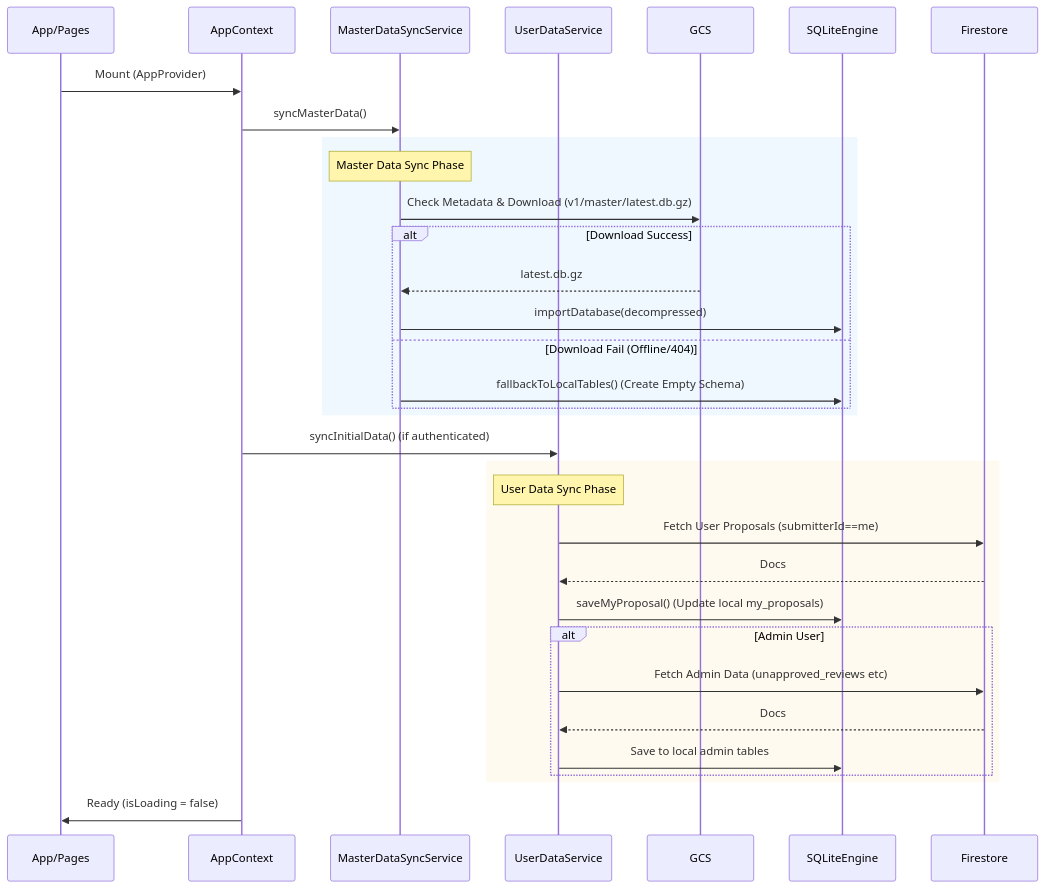
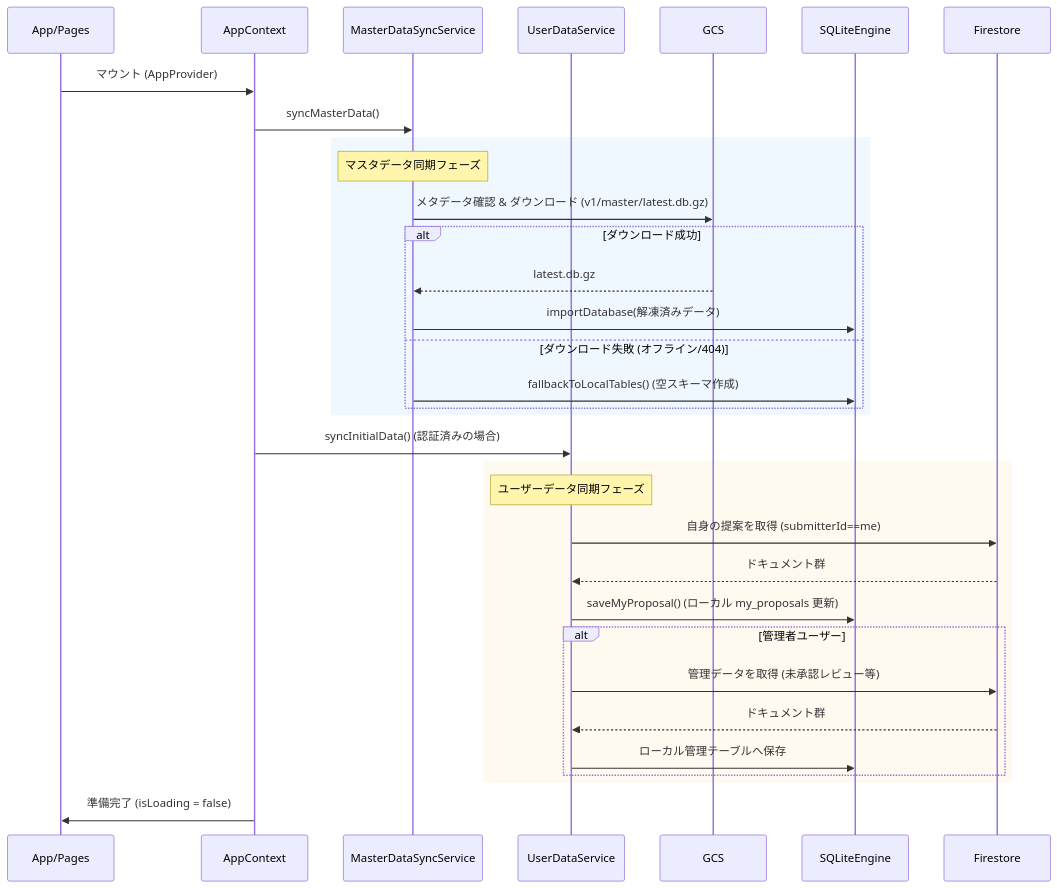
Before and after one commit to cloud-solutions-ttakeuchi/wedive: the third of 8 diagrams in DATABASE_DESIGN.md, drawn with Mermaid. The commit also changed other lines of this file, not shown here.

````diff
--- a/DATABASE_DESIGN.md
+++ b/DATABASE_DESIGN.md
@@ -186,41 +186,41 @@
 ```mermaid
 sequenceDiagram
     participant UI as App/Pages
     participant CTX as AppContext
     participant MDSync as MasterDataSyncService
     participant UDS as UserDataService
     participant GCS
     participant SQLite as SQLiteEngine
     participant FS as Firestore
 
-    UI->>CTX: Mount (AppProvider)
+    UI->>CTX: マウント (AppProvider)
     CTX->>MDSync: syncMasterData()
     
     rect rgb(240, 248, 255)
-    note over MDSync: Master Data Sync Phase
-    MDSync->>GCS: Check Metadata & Download (v1/master/latest.db.gz)
-    alt Download Success
+    note over MDSync: マスタデータ同期フェーズ
+    MDSync->>GCS: メタデータ確認 & ダウンロード (v1/master/latest.db.gz)
+    alt ダウンロード成功
         GCS-->>MDSync: latest.db.gz
-        MDSync->>SQLite: importDatabase(decompressed)
-    else Download Fail (Offline/404)
-        MDSync->>SQLite: fallbackToLocalTables() (Create Empty Schema)
+        MDSync->>SQLite: importDatabase(解凍済みデータ)
+    else ダウンロード失敗 (オフライン/404)
+        MDSync->>SQLite: fallbackToLocalTables() (空スキーマ作成)
     end
     end
 
-    CTX->>UDS: syncInitialData() (if authenticated)
+    CTX->>UDS: syncInitialData() (認証済みの場合)
     
     rect rgb(255, 250, 240)
-    note over UDS: User Data Sync Phase
-    UDS->>FS: Fetch User Proposals (submitterId==me)
-    FS-->>UDS: Docs
-    UDS->>SQLite: saveMyProposal() (Update local my_proposals)
+    note over UDS: ユーザーデータ同期フェーズ
+    UDS->>FS: 自身の提案を取得 (submitterId==me)
+    FS-->>UDS: ドキュメント群
+    UDS->>SQLite: saveMyProposal() (ローカル my_proposals 更新)
     
-    alt Admin User
-        UDS->>FS: Fetch Admin Data (unapproved_reviews etc)
-        FS-->>UDS: Docs
-        UDS->>SQLite: Save to local admin tables
+    alt 管理者ユーザー
+        UDS->>FS: 管理データを取得 (未承認レビュー等)
+        FS-->>UDS: ドキュメント群
+        UDS->>SQLite: ローカル管理テーブルへ保存
     end
     end
     
-    CTX->>UI: Ready (isLoading = false)
+    CTX->>UI: 準備完了 (isLoading = false)
 ```
````
